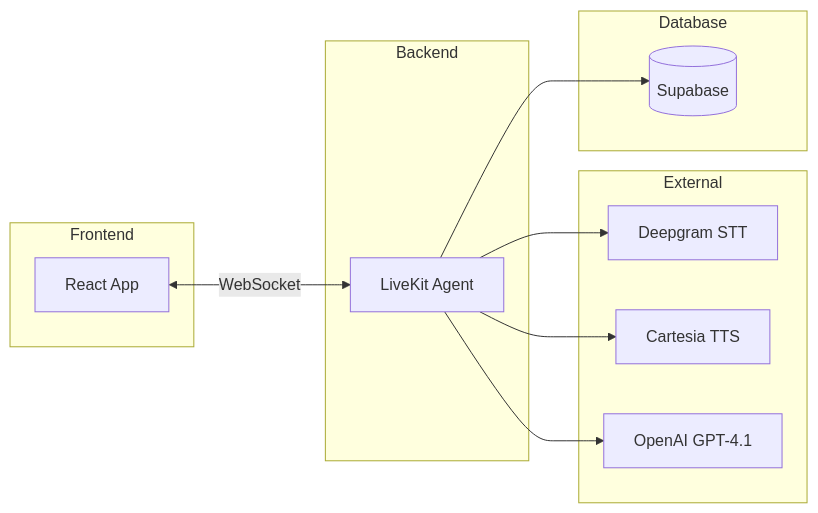
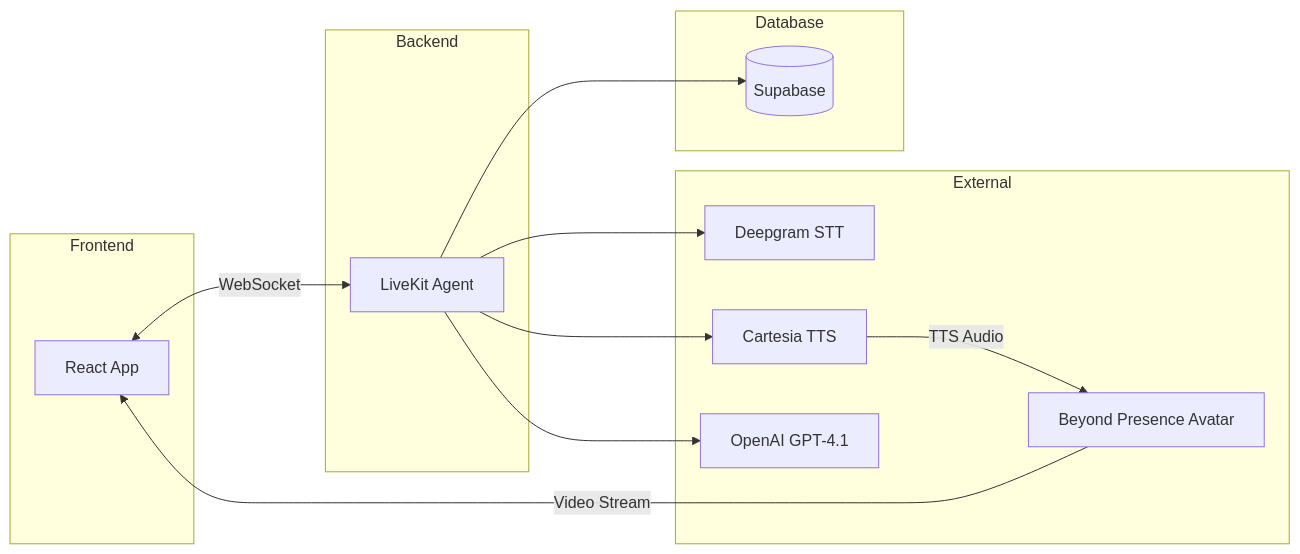
One commit to Vishnu373/superbyrn-voice-ai-agent changed the first of 2 diagrams in docs/architecture.md. Above: the diagram before and after it, drawn with Mermaid. The commit also changed other lines of this file and 1 other file, not shown here.

Commit message:
readme.md and architecture.md updated

````diff
--- a/docs/architecture.md
+++ b/docs/architecture.md
@@ -5,26 +5,29 @@
 ```mermaid
 graph LR
     subgraph Frontend
         A[React App]
     end
     
     subgraph Backend
         B[LiveKit Agent]
     end
     
     subgraph External
         C[Deepgram STT]
         D[Cartesia TTS]
         E[OpenAI GPT-4.1]
+        F[Beyond Presence Avatar]
     end
     
     subgraph Database
         G[(Supabase)]
     end
     
     A <-->|WebSocket| B
     B --> C
     B --> D
     B --> E
+    D -->|TTS Audio| F
+    F -->|Video Stream| A
     B --> G
 ```
````
